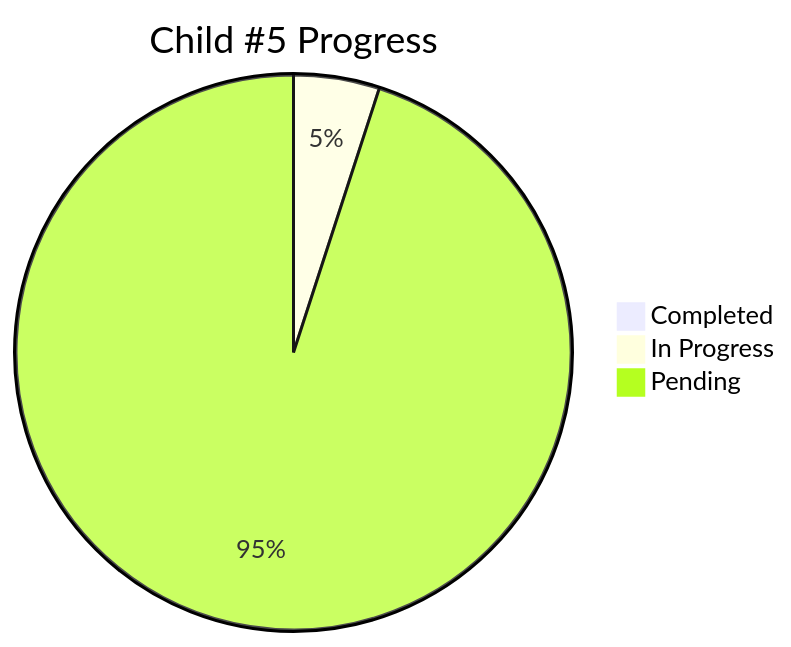
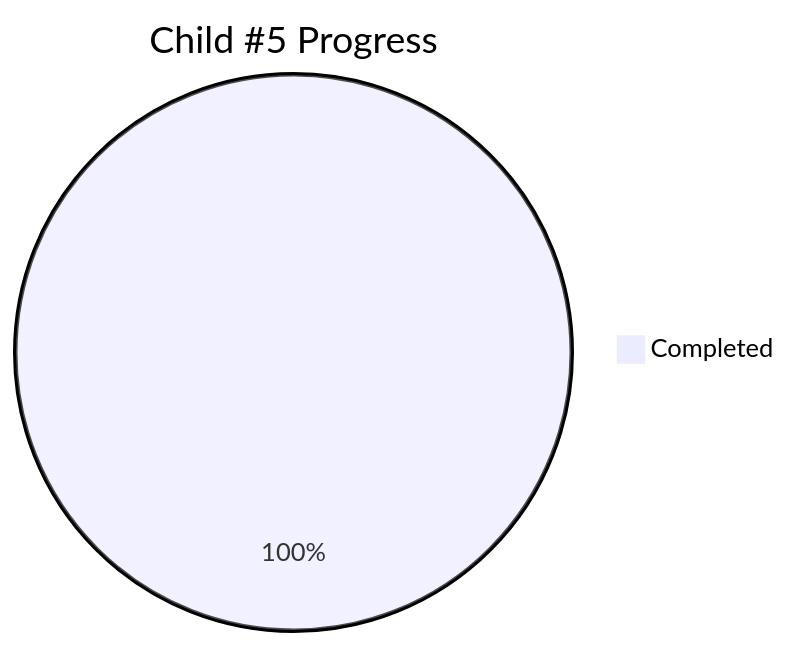
One commit to info-tech-io/info-tech-io.github.io changed the diagram in docs/proposals/epic-2-github-pages-federation/child-5-testing-validation/progress.md. Above: the diagram before and after it, drawn with Mermaid. The commit also changed other lines of this file and 2 other files, not shown here.

First line of the commit message:
docs: update Epic #2 progress documentation — epic closed

````diff
--- a/docs/proposals/epic-2-github-pages-federation/child-5-testing-validation/progress.md
+++ b/docs/proposals/epic-2-github-pages-federation/child-5-testing-validation/progress.md
@@ -11,6 +12,4 @@
 ```mermaid
 pie title Child #5 Progress
-    "Completed" : 0
-    "In Progress" : 5
-    "Pending" : 95
+    "Completed" : 100
 ```
````
